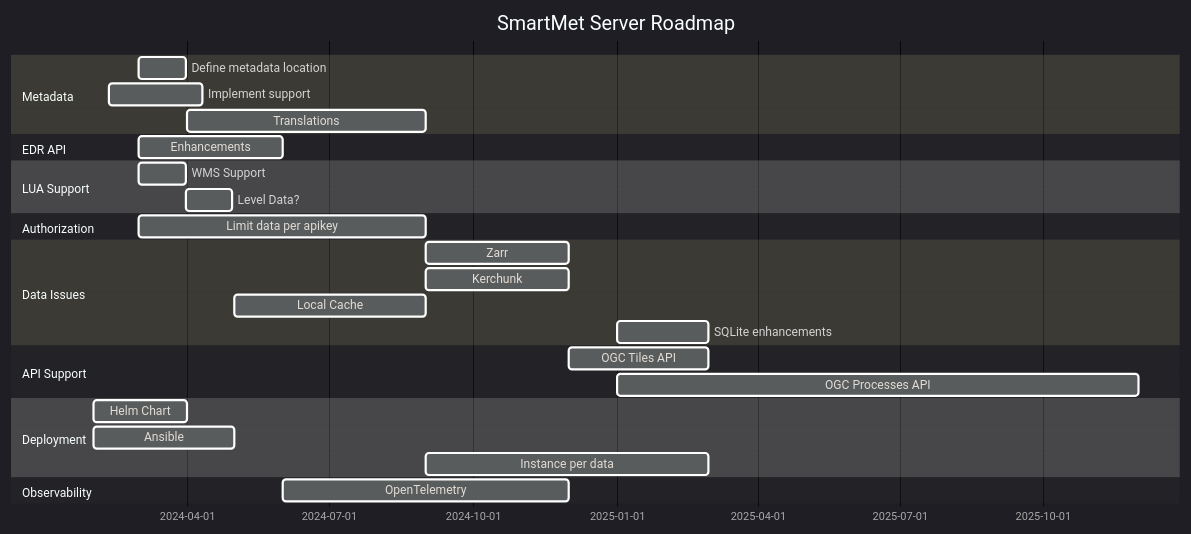
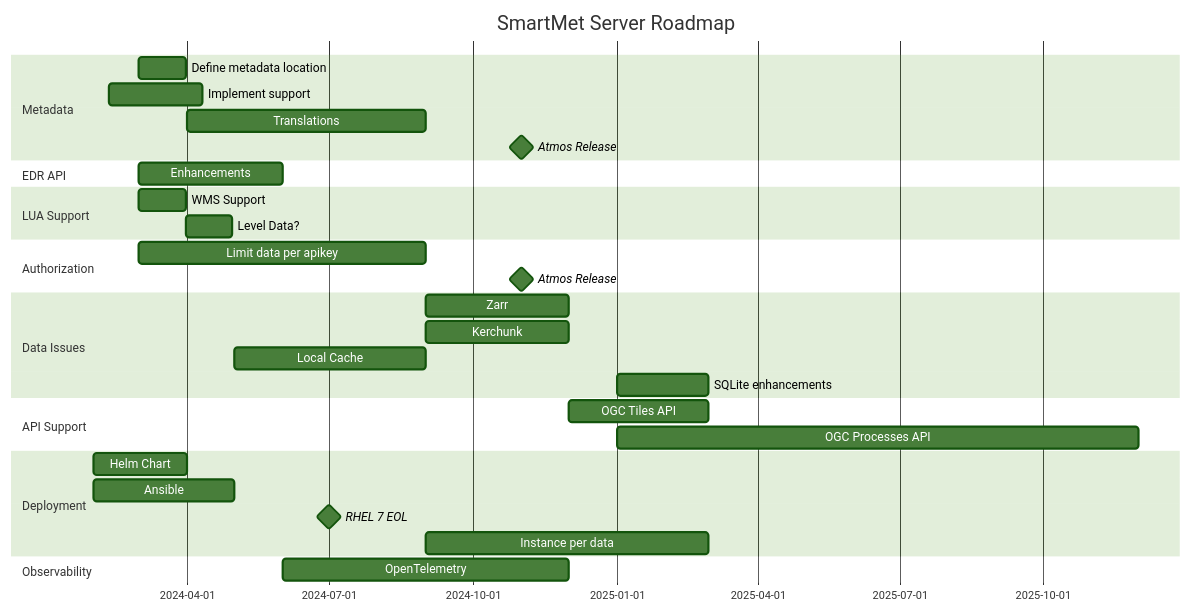
Before and after one commit to oksman/rando-solver: the diagram in mermaid.md, drawn with Mermaid.

````diff
--- a/mermaid.md
+++ b/mermaid.md
@@ -1,33 +1,40 @@
 ```mermaid
-%%{init: {'theme': 'dark' } }%%
+%%{init: {'theme': 'forest'} }%%
 
 gantt
     title SmartMet Server Roadmap
     dateFormat YYYY-MM
+
     section Metadata
         Define metadata location :define-metadata, 2024-03, 30d
         Implement support :implement-metadata, after define, 60d
         Translations :translations, 2024-04, 2024-09
+        Atmos Release :milestone, 2024-11, 0d
+
     section EDR API
         Enhancements :edr-enhancements, 2024-03, 2024-06
     section LUA Support
         WMS Support :lua-wms, 2024-03, 30d
-        Level Data?  :after lua-wms, 30d
+        Level Data? :level-data, after lua-wms, 30d
+
     section Authorization
         Limit data per apikey :auth-limit, 2024-03, 2024-09
+        Atmos Release :milestone, 2024-11, 0d
+
     section Data Issues
         Zarr :zarr, 2024-09, 2024-12
         Kerchunk :kerchunk, 2024-09, 2024-12
         Local Cache :local-cache, 2024-05, 2024-09
         SQLite enhancements :sqlite, 2025-01, 2025-03
     section API Support
         OGC Tiles API :ogc-tiles-api, 2024-12, 2025-03
         OGC Processes API :ogc-processes-api, 2025-01, 2025-12
     section Deployment
         Helm Chart :helm-chart, 2024-02, 2024-04
         Ansible :ansible, 2024-02, 2024-05
+        RHEL 7 EOL :milestone, 2024-07, 0d
         Instance per data :instance-per-data, 2024-09, 2025-03
     section Observability
         OpenTelemetry :opentelemetry, 2024-06, 2024-12
 
 ```
````
